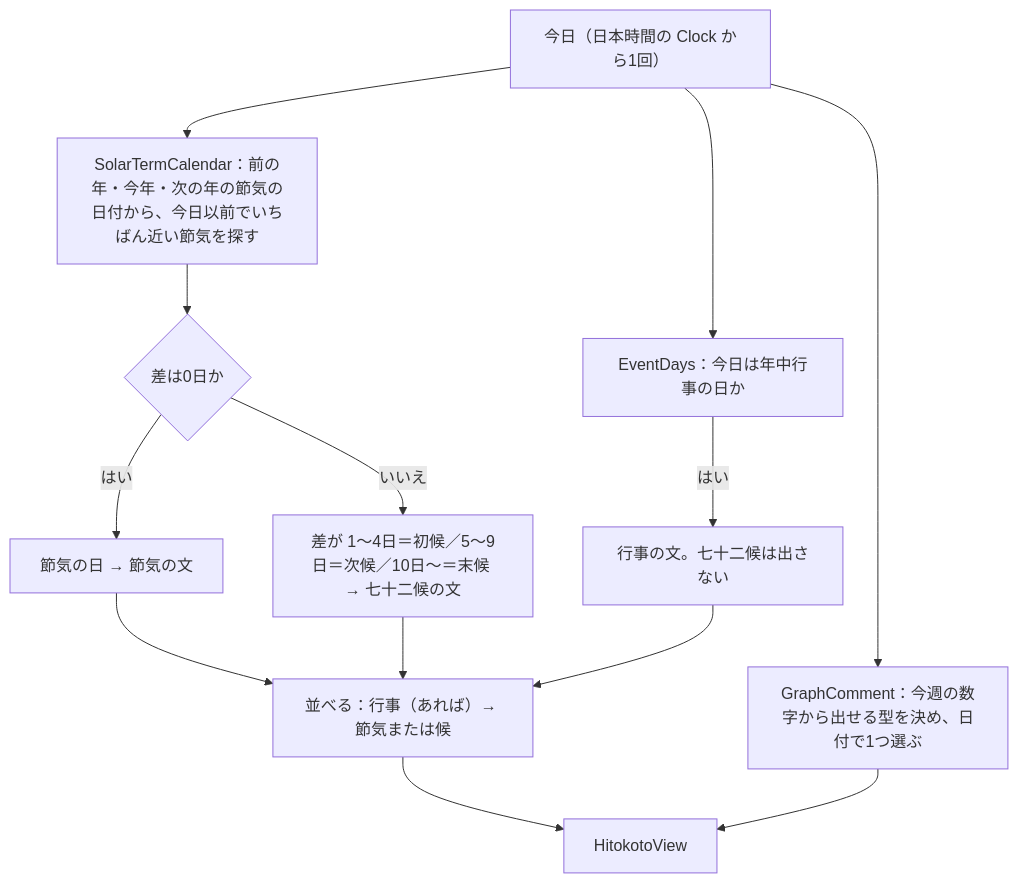
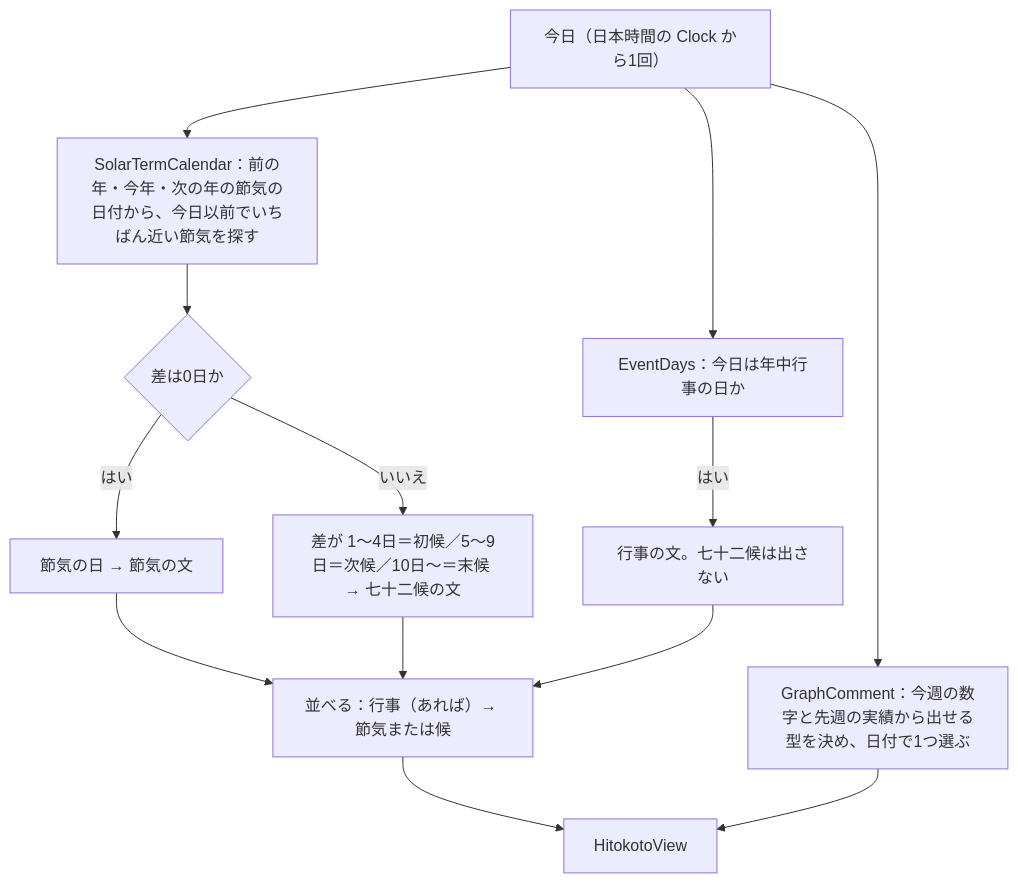
Before and after one commit to yutaro081/HouseholdBudget-SpringBoot: diagram 15 of 17 in docs/reviews/design.md, drawn with Mermaid. The commit also changed other lines of this file and 8 other files, not shown here.

````diff
--- a/docs/reviews/design.md
+++ b/docs/reviews/design.md
@@ -1464,15 +1466,15 @@
 ```mermaid
 flowchart TD
     A["今日（日本時間の Clock から1回）"] --> B["SolarTermCalendar：前の年・今年・次の年の節気の日付から、今日以前でいちばん近い節気を探す"]
     B --> C{"差は0日か"}
     C -->|はい| D["節気の日 → 節気の文"]
     C -->|いいえ| E["差が 1〜4日＝初候／5〜9日＝次候／10日〜＝末候 → 七十二候の文"]
     A --> F["EventDays：今日は年中行事の日か"]
     F -->|はい| G["行事の文。七十二候は出さない"]
     D --> H["並べる：行事（あれば）→ 節気または候"]
     E --> H
     G --> H
-    A --> I["GraphComment：今週の数字から出せる型を決め、日付で1つ選ぶ"]
+    A --> I["GraphComment：今週の数字と先週の実績から出せる型を決め、日付で1つ選ぶ"]
     H --> J["HitokotoView"]
     I --> J
 ```
````
